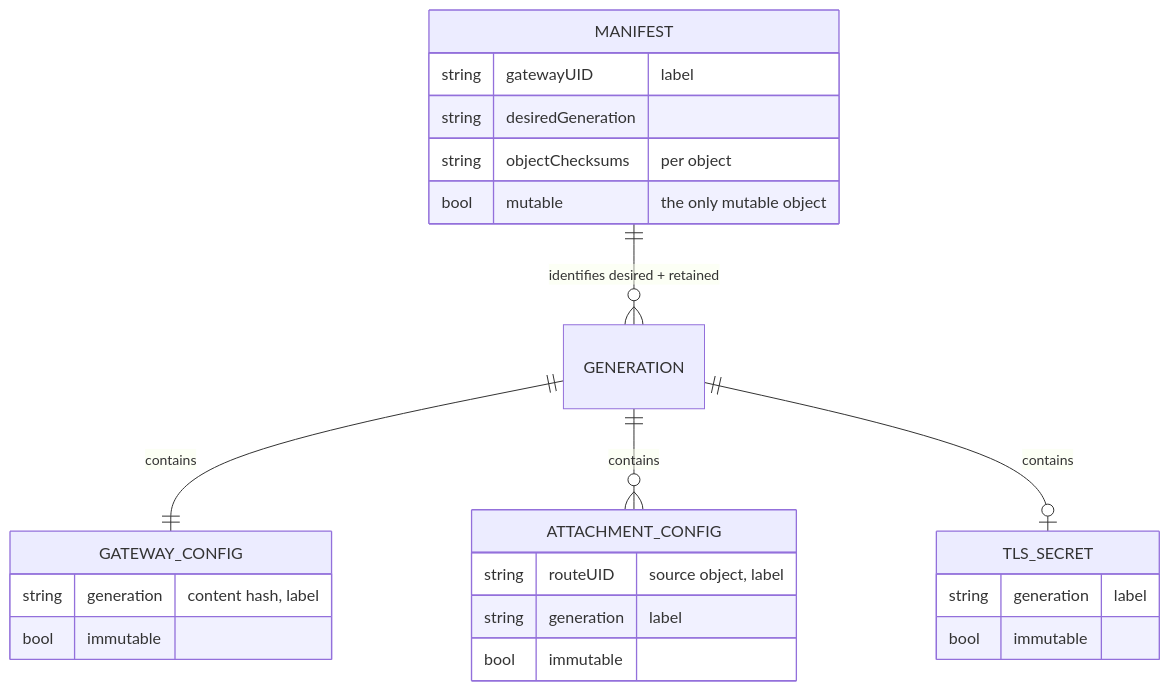
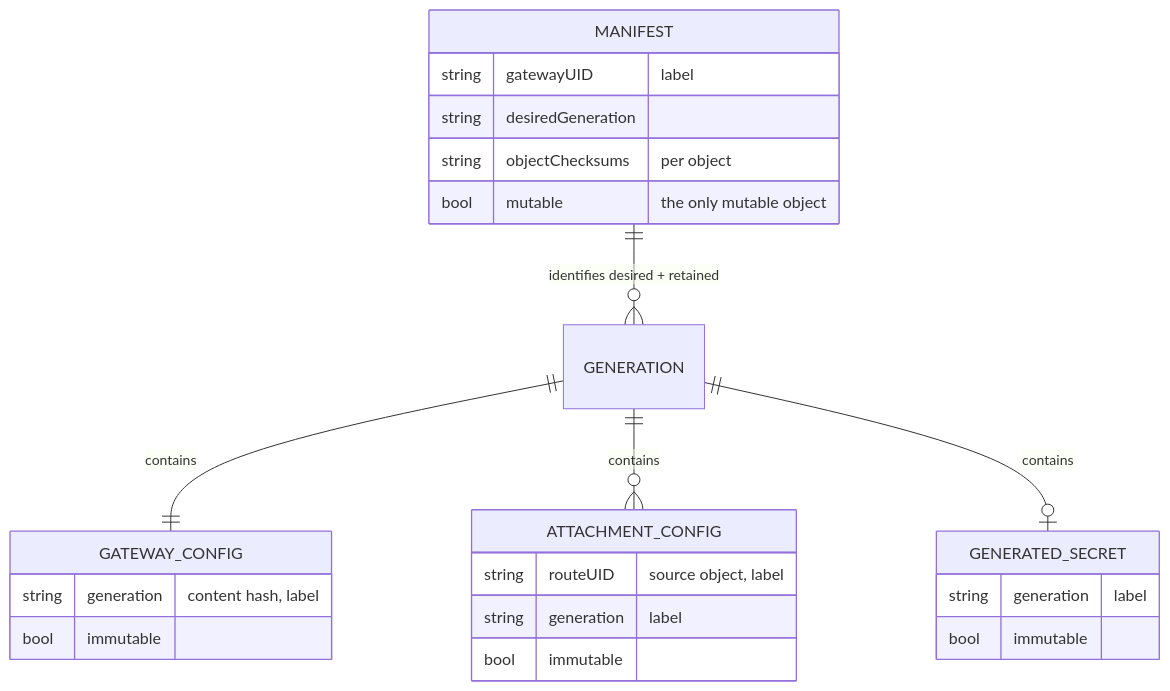
One commit to link-society/krouter changed the first of 2 diagrams in docs/spec/configuration.md. Above: the diagram before and after it, drawn with Mermaid. The commit also changed other lines of this file and 8 other files, not shown here.

````diff
--- a/docs/spec/configuration.md
+++ b/docs/spec/configuration.md
@@ -18,27 +19,27 @@
 ```mermaid
 erDiagram
     MANIFEST ||--o{ GENERATION : "identifies desired + retained"
     GENERATION ||--|| GATEWAY_CONFIG : contains
     GENERATION ||--o{ ATTACHMENT_CONFIG : contains
-    GENERATION ||--o| TLS_SECRET : contains
+    GENERATION ||--o| GENERATED_SECRET : contains
 
     MANIFEST {
         string gatewayUID "label"
         string desiredGeneration
         string objectChecksums "per object"
         bool mutable "the only mutable object"
     }
     GATEWAY_CONFIG {
         string generation "content hash, label"
         bool immutable
     }
     ATTACHMENT_CONFIG {
         string routeUID "source object, label"
         string generation "label"
         bool immutable
     }
-    TLS_SECRET {
+    GENERATED_SECRET {
         string generation "label"
         bool immutable
     }
 ```
````
